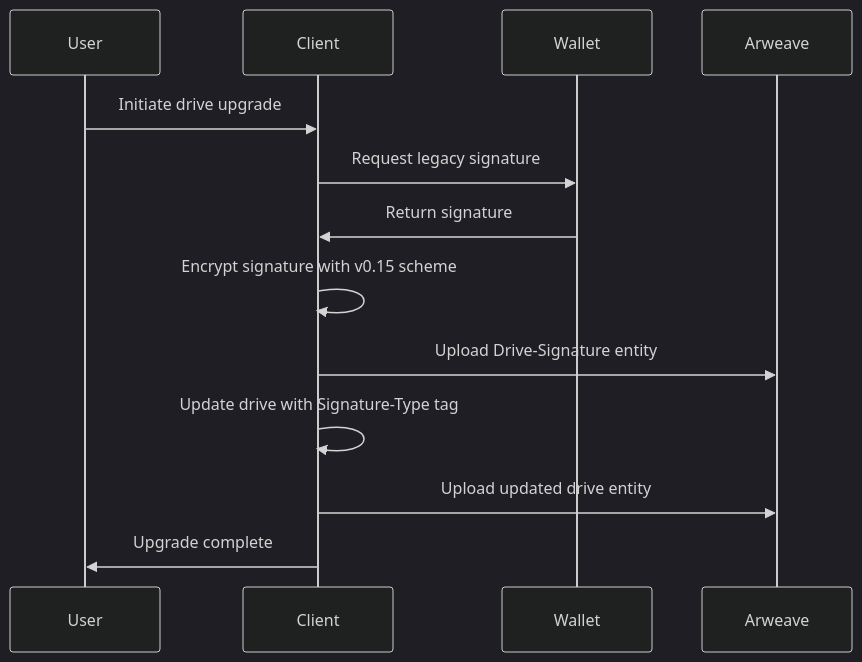
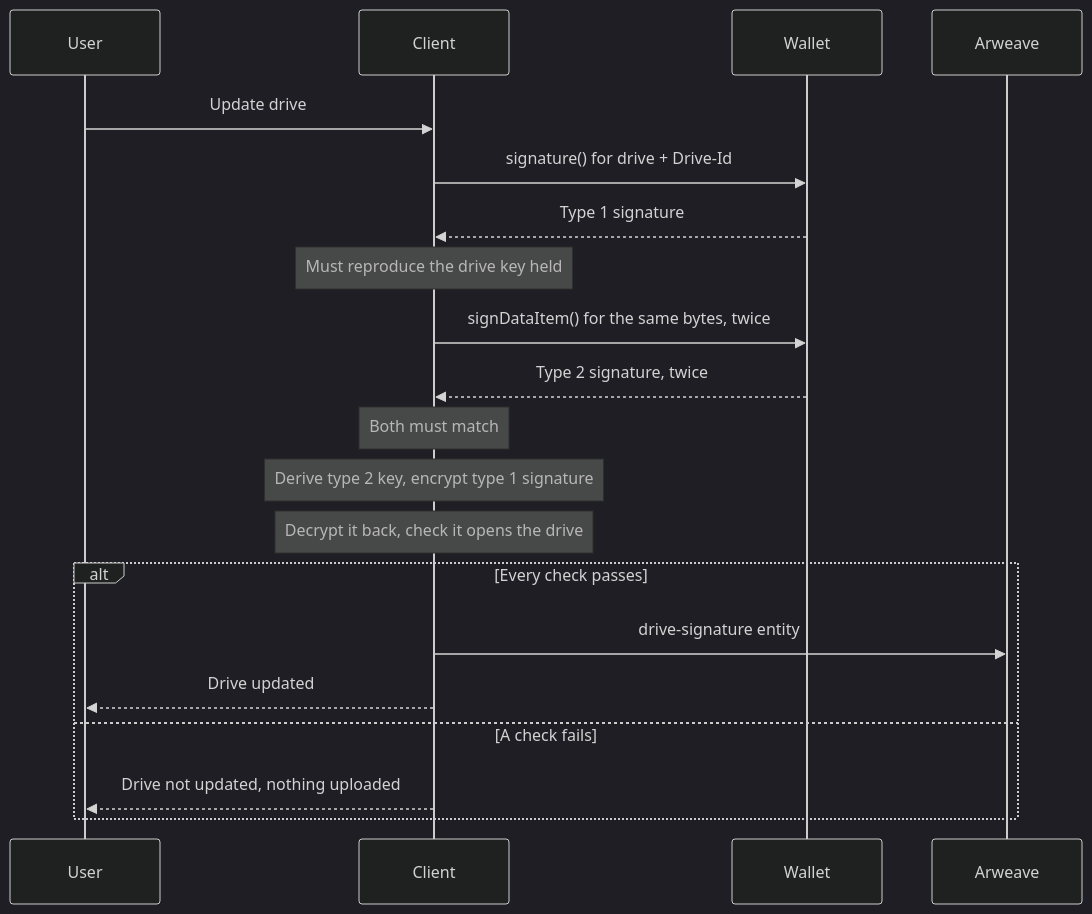
Before and after one commit to ar-io/docs: the diagram in content/build/advanced/arfs/upgrading-drives.mdx, drawn with Mermaid (dark theme). The commit also changed other lines of this file and 25 other files, not shown here.

````diff
--- a/content/build/advanced/arfs/upgrading-drives.mdx
+++ b/content/build/advanced/arfs/upgrading-drives.mdx
@@ -23,16 +23,26 @@
 ```mermaid
 sequenceDiagram
+    accTitle: The upgrade writes one drive-signature entity and never rewrites the drive
+    accDescr: The client asks the wallet for the drive's type 1 signature and checks that it reproduces the drive key it holds. It asks for the type 2 signature twice and checks both match. It derives the type 2 drive key, encrypts the type 1 signature with it, decrypts it again as a reader would, and only then uploads the drive-signature entity. If any check fails, nothing is uploaded.
+
     participant User
     participant Client
     participant Wallet
     participant Arweave
 
-    User->>Client: Initiate drive upgrade
-    Client->>Wallet: Request legacy signature
-    Wallet->>Client: Return signature
-    Client->>Client: Encrypt signature with v0.15 scheme
-    Client->>Arweave: Upload Drive-Signature entity
-    Client->>Client: Update drive with Signature-Type tag
-    Client->>Arweave: Upload updated drive entity
-    Client->>User: Upgrade complete
+    User->>Client: Update drive
+    Client->>Wallet: signature() for drive + Drive-Id
+    Wallet-->>Client: Type 1 signature
+    Note over Client: Must reproduce the drive key held
+    Client->>Wallet: signDataItem() for the same bytes, twice
+    Wallet-->>Client: Type 2 signature, twice
+    Note over Client: Both must match
+    Note over Client: Derive type 2 key, encrypt type 1 signature
+    Note over Client: Decrypt it back, check it opens the drive
+    alt Every check passes
+        Client->>Arweave: drive-signature entity
+        Client-->>User: Drive updated
+    else A check fails
+        Client-->>User: Drive not updated, nothing uploaded
+    end
 ```
````
